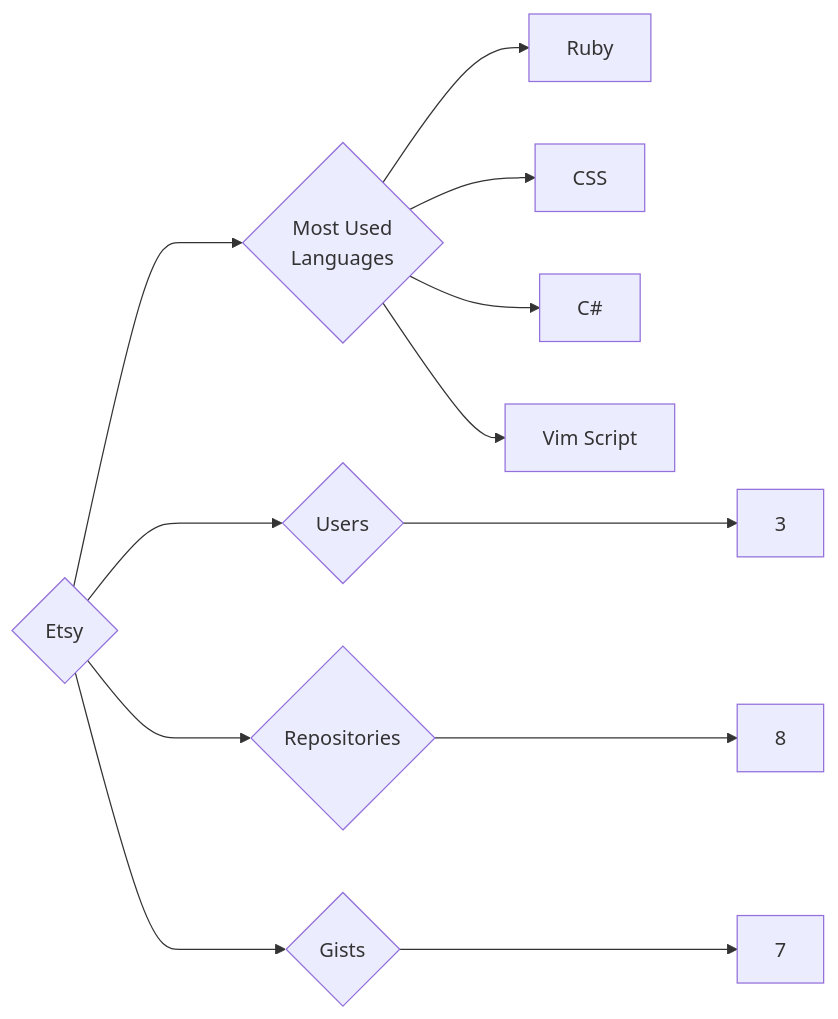
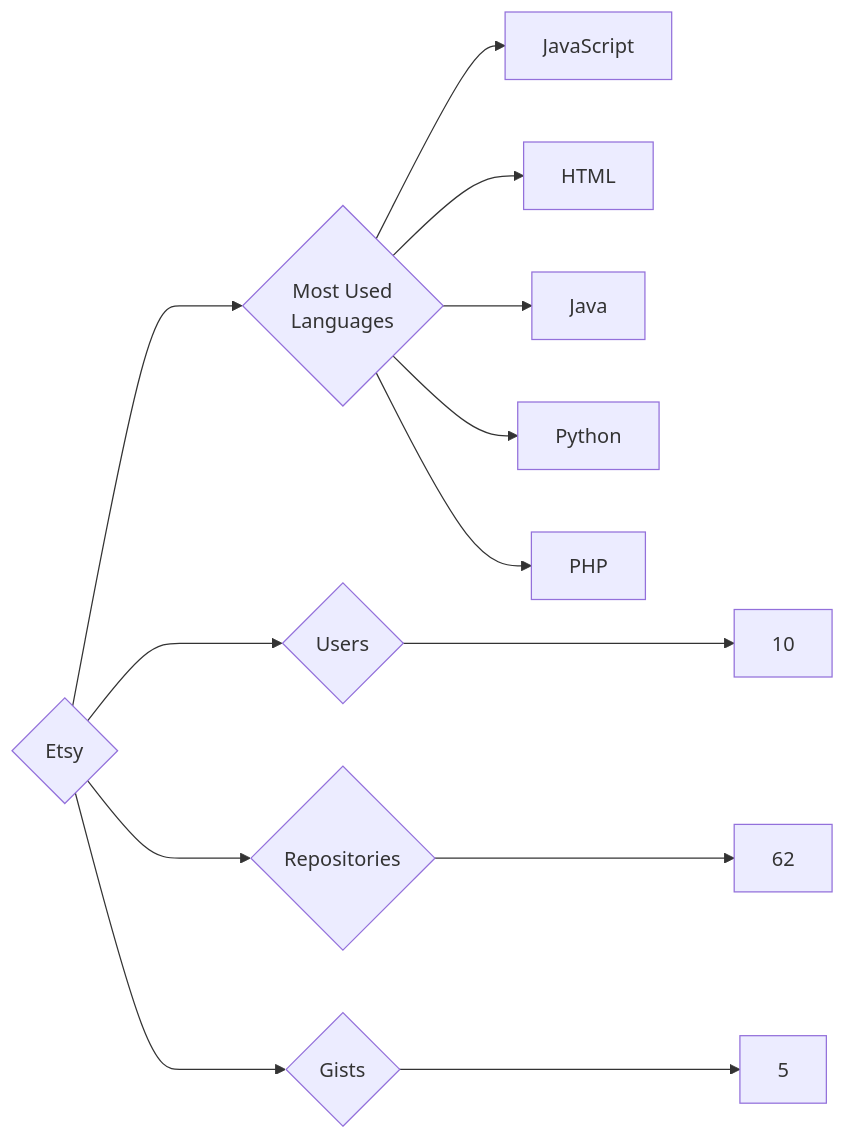
The diagram in targets/Etsy/README.md (trickest/insiders), drawn with Mermaid before and after one commit. The commit also changed 1175 other files, not shown here.

````diff
--- a/targets/Etsy/README.md
+++ b/targets/Etsy/README.md
@@ -3,12 +3,13 @@
 ```mermaid
 graph LR
 COMPANY_NAME{Etsy}
-COMPANY_NAME ---> U{Users} ---> UN[3]
-COMPANY_NAME ---> R{Repositories} ---> RN[8]
-COMPANY_NAME ---> G{Gists} ---> GN[7]
+COMPANY_NAME ---> U{Users} ---> UN[10]
+COMPANY_NAME ---> R{Repositories} ---> RN[62]
+COMPANY_NAME ---> G{Gists} ---> GN[5]
 COMPANY_NAME ---> ML{Most Used<br>Languages}
-ML --> Ruby[Ruby]
-ML --> CSS[CSS]
-ML --> C#[C#]
-ML --> Vim_Script[Vim Script]
+ML --> JavaScript[JavaScript]
+ML --> HTML[HTML]
+ML --> Java[Java]
+ML --> Python[Python]
+ML --> PHP[PHP]
 ```
````
